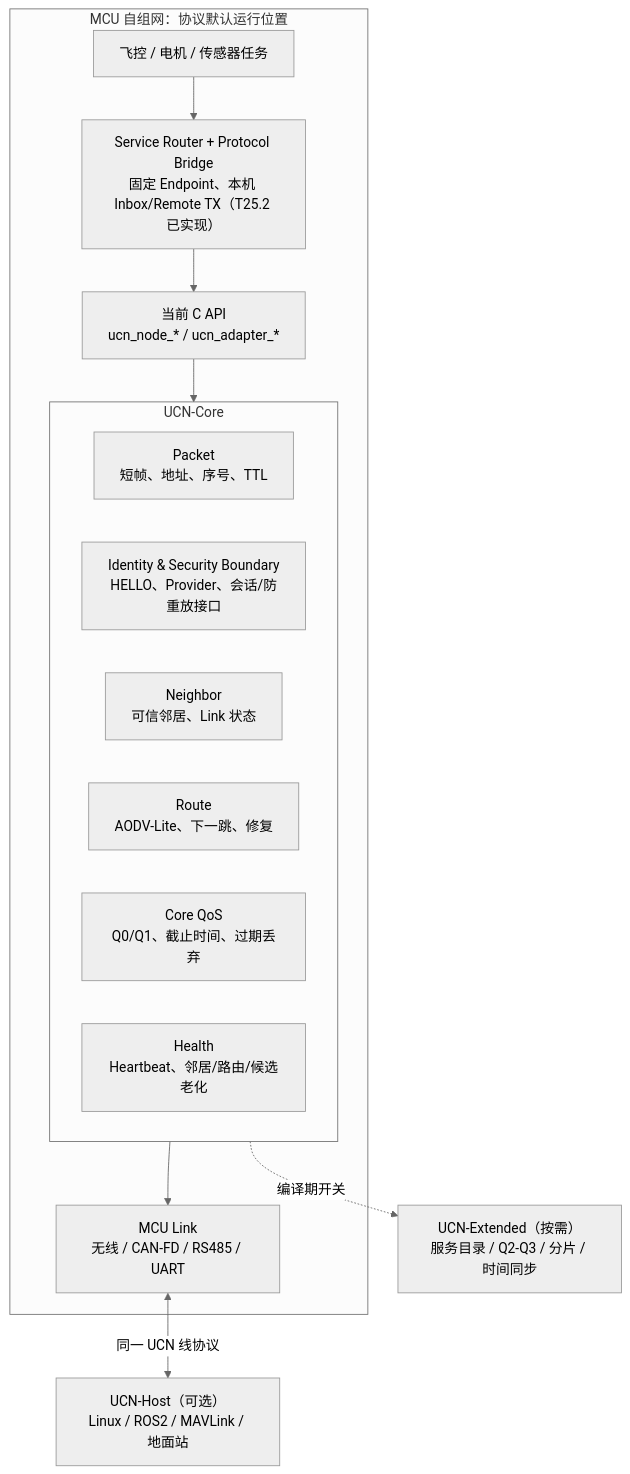
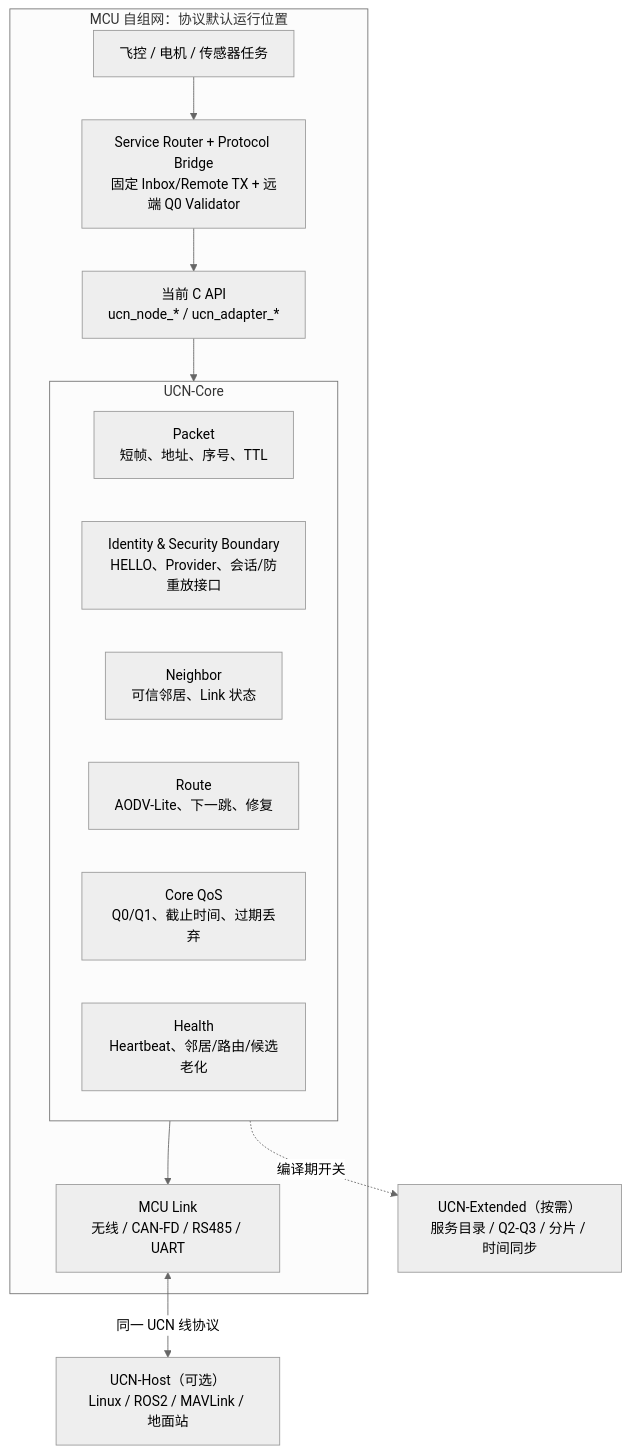
Before and after one commit to ice-infinite/UCN: the diagram in docs/UCN_整体架构设计.md, drawn with Mermaid (neutral theme). The commit also changed other lines of this file and 180 other files, not shown here.

````diff
--- a/docs/UCN_整体架构设计.md
+++ b/docs/UCN_整体架构设计.md
@@ -39,24 +41,24 @@
 ```mermaid
 flowchart TB
     subgraph MCU_NET["MCU 自组网：协议默认运行位置"]
         APP["飞控 / 电机 / 传感器任务"]
-    SERVICE["Service Router + Protocol Bridge<br/>固定 Endpoint、本机 Inbox/Remote TX（T25.2 已实现）"]
+    SERVICE["Service Router + Protocol Bridge<br/>固定 Inbox/Remote TX + 远端 Q0 Validator"]
         API["当前 C API<br/>ucn_node_* / ucn_adapter_*"]
         subgraph CORE["UCN-Core"]
             PKT["Packet<br/>短帧、地址、序号、TTL"]
             SEC["Identity & Security Boundary<br/>HELLO、Provider、会话/防重放接口"]
             NBR["Neighbor<br/>可信邻居、Link 状态"]
             ROUTE["Route<br/>AODV-Lite、下一跳、修复"]
             QOS["Core QoS<br/>Q0/Q1、截止时间、过期丢弃"]
             HEALTH["Health<br/>Heartbeat、邻居/路由/候选老化"]
         end
         LINK["MCU Link<br/>无线 / CAN-FD / RS485 / UART"]
         APP --> SERVICE --> API --> CORE --> LINK
     end
 
     EXT["UCN-Extended（按需）<br/>服务目录 / Q2-Q3 / 分片 / 时间同步"]
     HOST["UCN-Host（可选）<br/>Linux / ROS2 / MAVLink / 地面站"]
 
     CORE -. "编译期开关" .-> EXT
     LINK <-- "同一 UCN 线协议" --> HOST
 ```
````
